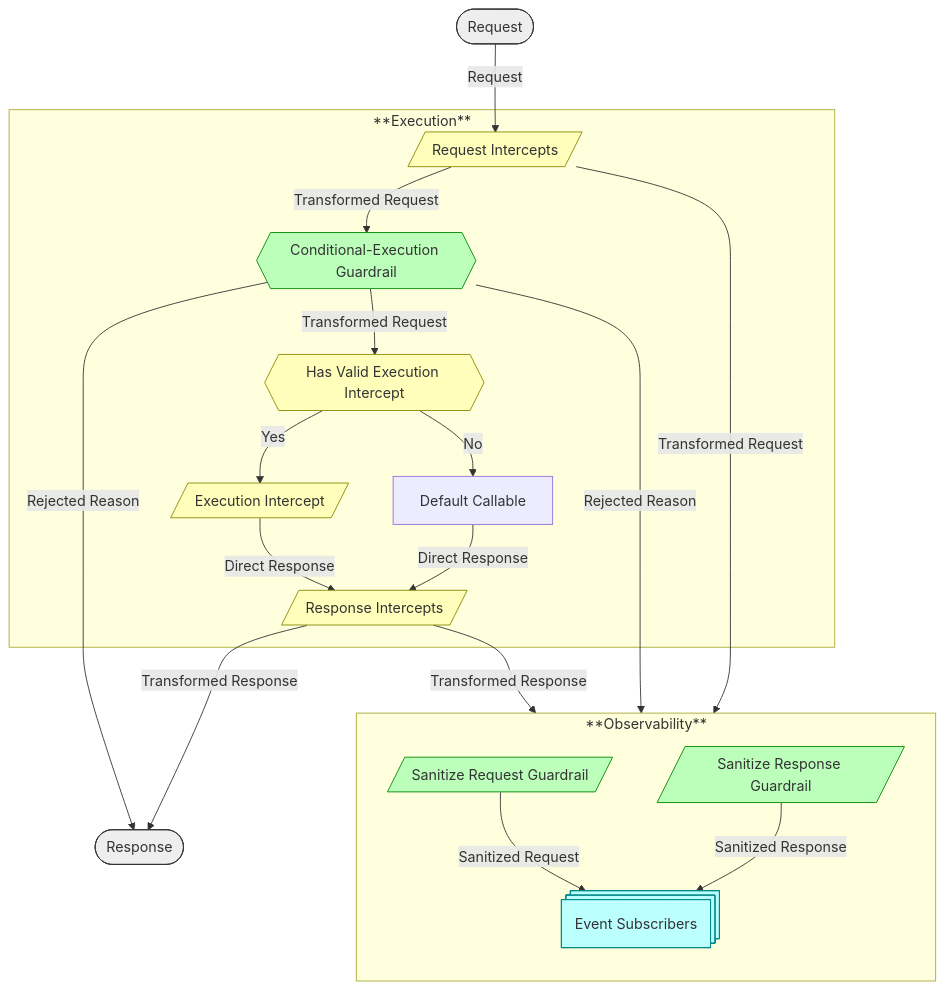
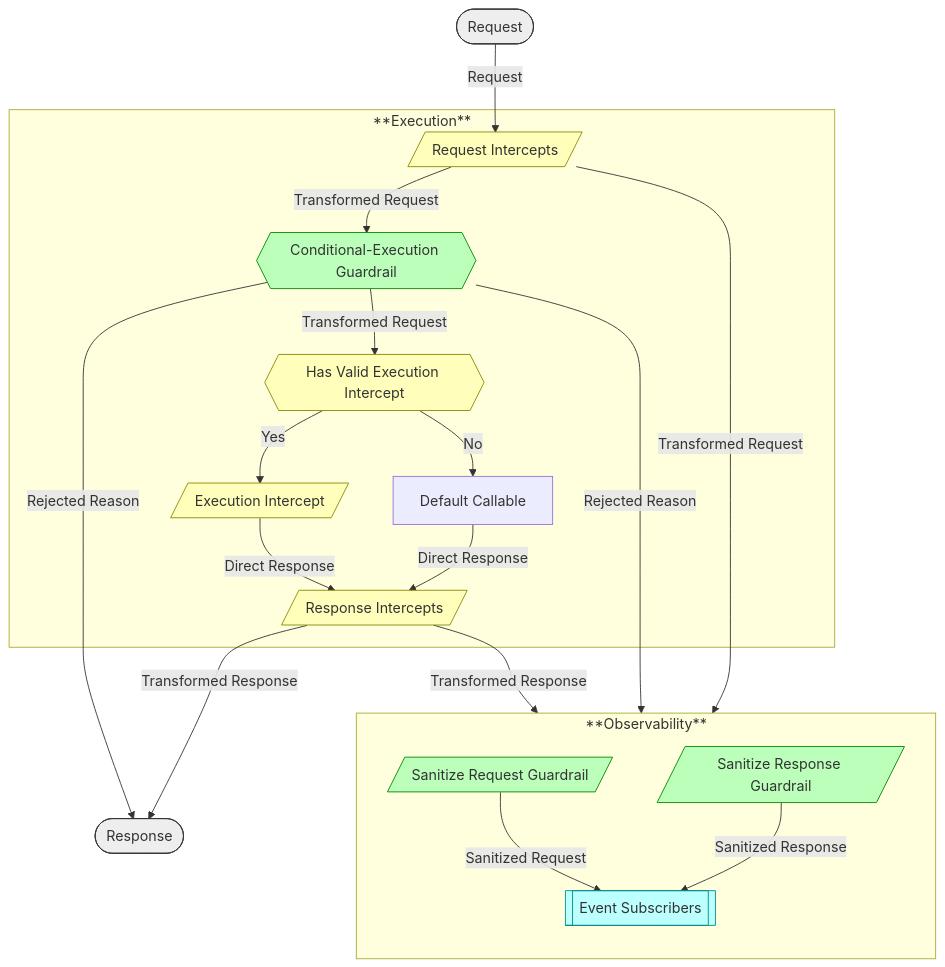
Before and after one commit to NVIDIA/NeMo-Relay: the diagram in README.md, drawn with Mermaid.

Commit message:
Fix Mermaid diagram syntax for 10.7 compatibility
Replace @{ shape: processes } syntax (requires Mermaid 11+) with
double-bracket subroutine node syntax for Event Subscribers.

````diff
--- a/README.md
+++ b/README.md
@@ -108,48 +108,48 @@
 ```mermaid
 flowchart TB
     direction TB
     Request([Request])
     subgraph **Execution**
         RequestIntercepts[/Request Intercepts/]
         ConditionalExecutionGuardrails{{Conditional-Execution Guardrail}}
         HasExecutionIntercept{{Has Valid Execution Intercept}}
         ExecutionIntercepts[/Execution Intercept/]
         DefaultCallable[Default Callable]
         ResponseIntercepts[/Response Intercepts/]
     end
     Response([Response])
 
     subgraph **Observability**
         direction TB
         SanitizeRequestGuardrails[/Sanitize Request Guardrail/]
         SanitizeResponseGuardrails[/Sanitize Response Guardrail/]
-        EventSubscribers@{ shape: processes, label: "Event Subscribers" }
+        EventSubscribers[["Event Subscribers"]]
     end
 
 
     Request -->|Request| RequestIntercepts
     RequestIntercepts -->|Transformed Request| ConditionalExecutionGuardrails
     RequestIntercepts -->|Transformed Request| SanitizeRequestGuardrails
     ConditionalExecutionGuardrails -->|Rejected Reason| Response
     ConditionalExecutionGuardrails -->|Rejected Reason| EventSubscribers
     ConditionalExecutionGuardrails -->|Transformed Request| HasExecutionIntercept
     HasExecutionIntercept -->|Yes| ExecutionIntercepts
     HasExecutionIntercept -->|No| DefaultCallable
     ExecutionIntercepts -->|Direct Response| ResponseIntercepts
     DefaultCallable -->|Direct Response| ResponseIntercepts
     ResponseIntercepts -->|Transformed Response| Response
     ResponseIntercepts -->|Transformed Response| SanitizeResponseGuardrails
     SanitizeRequestGuardrails -->|Sanitized Request| EventSubscribers
     SanitizeResponseGuardrails -->|Sanitized Response| EventSubscribers
 
     style Request fill:#eee,stroke:#333
     style Response fill:#eee,stroke:#333
     style EventSubscribers fill:#bff,stroke:#088
     style RequestIntercepts fill:#ffb,stroke:#880
     style HasExecutionIntercept fill:#ffb,stroke:#880
     style ResponseIntercepts fill:#ffb,stroke:#880
     style ExecutionIntercepts fill:#ffb,stroke:#880
     style ConditionalExecutionGuardrails fill:#bfb,stroke:#080
     style SanitizeRequestGuardrails fill:#bfb,stroke:#080
     style SanitizeResponseGuardrails fill:#bfb,stroke:#080
 ```
````
